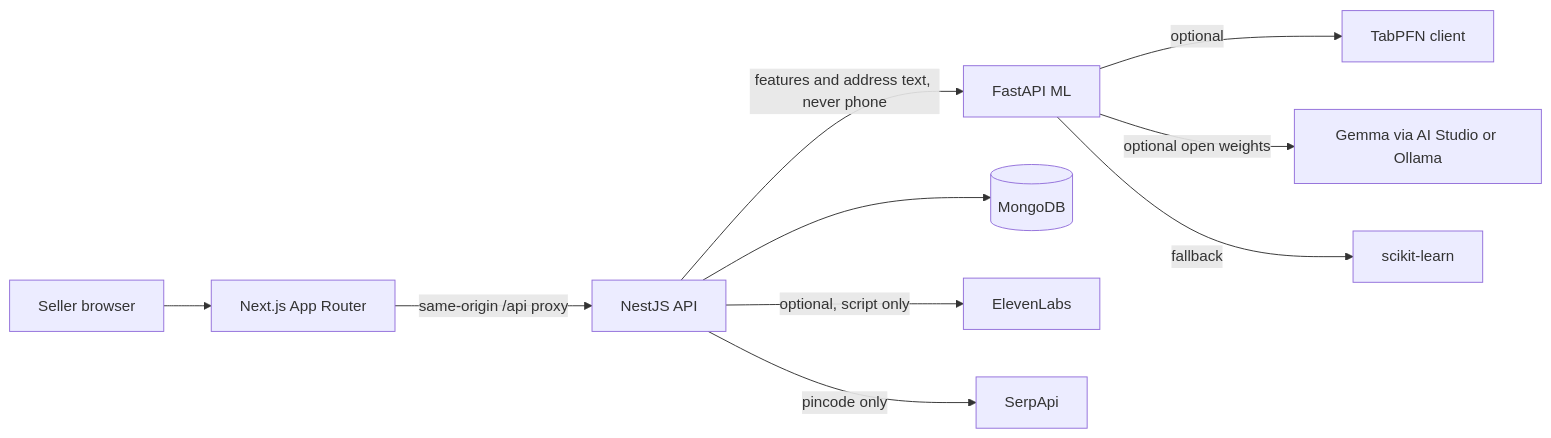
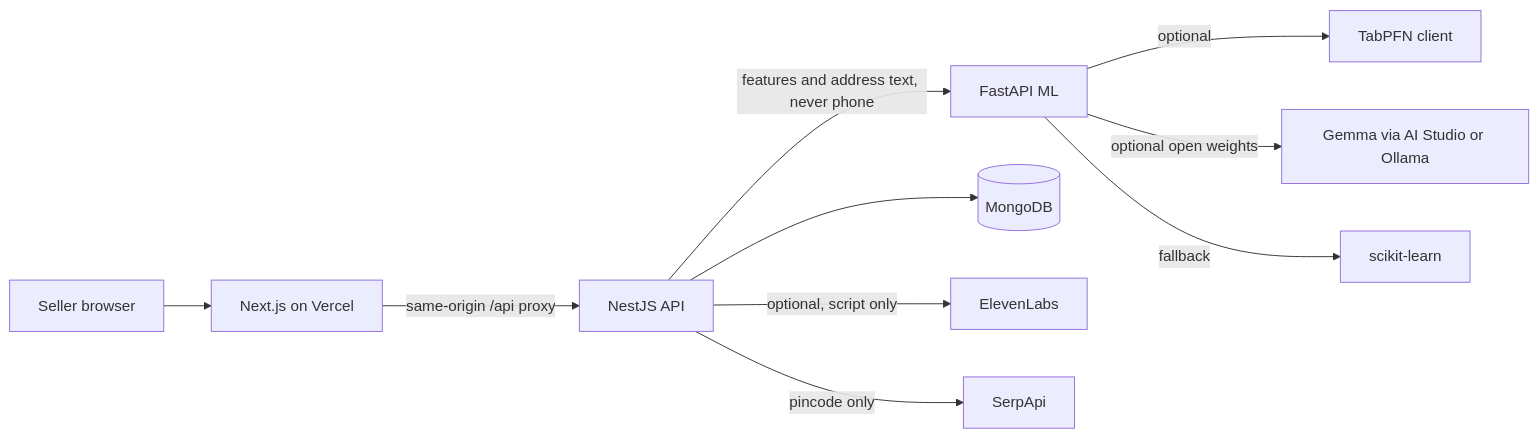
The diagram in README.md (Ranbir5ingh/rto-shield), drawn with Mermaid before and after one commit. The commit also changed other lines of this file and 15 other files, not shown here.

First line of the commit message:
Wake the free Render services from the Vercel app.

````diff
--- a/README.md
+++ b/README.md
@@ -35,17 +35,17 @@
 ```mermaid
 flowchart LR
   browser[Seller browser]
-  web[Next.js App Router]
+  web[Next.js on Vercel]
   api[NestJS API]
   ml[FastAPI ML]
   db[(MongoDB)]
   browser --> web
   web -->|same-origin /api proxy| api
   api --> db
   api -->|features and address text, never phone| ml
   ml -->|optional| tabpfn[TabPFN client]
   ml -->|optional open weights| gemma[Gemma via AI Studio or Ollama]
   ml -->|fallback| sk[scikit-learn]
   api -->|optional, script only| voice[ElevenLabs]
   api -->|pincode only| serp[SerpApi]
 ```
````
